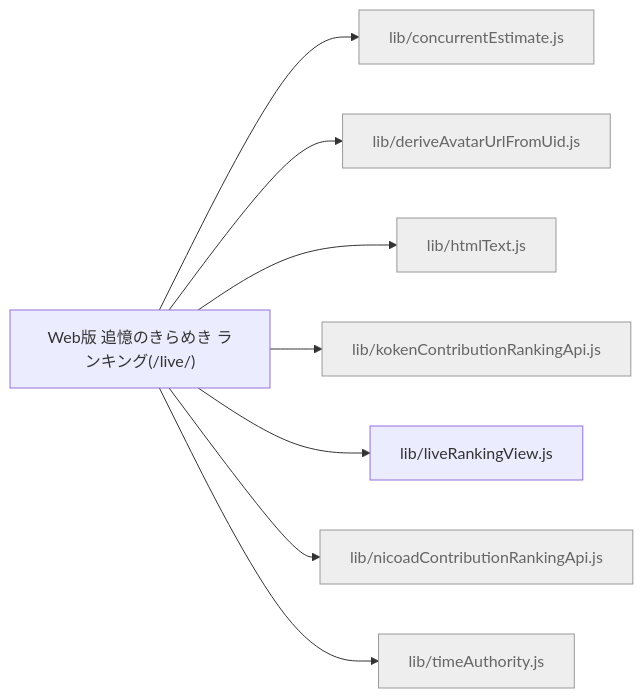
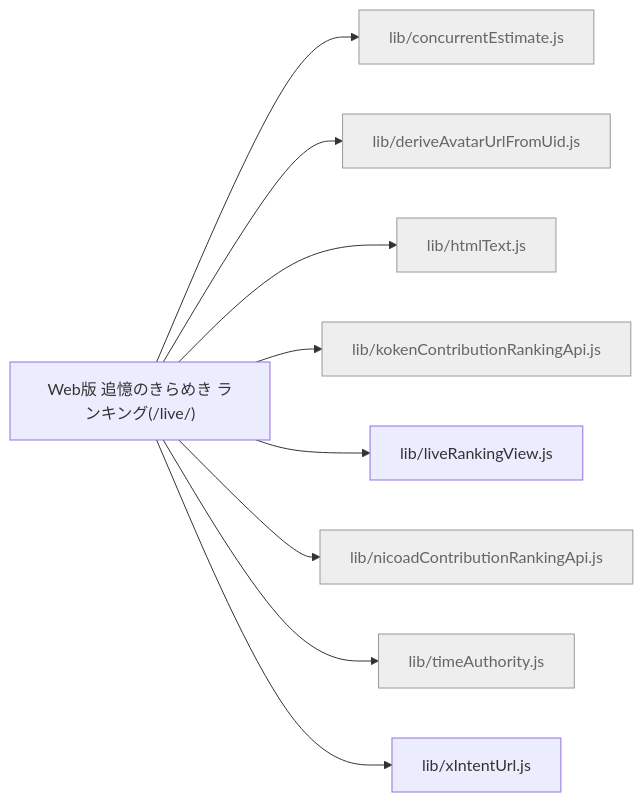
Before and after one commit to kimito-link/tsuioku-no-kirameki.com: the diagram in docs/feature-map/live-ranking.md, drawn with Mermaid. The commit also changed 37 other files, not shown here.

````diff
--- a/docs/feature-map/live-ranking.md
+++ b/docs/feature-map/live-ranking.md
@@ -13,12 +13,13 @@
 ```mermaid
 graph LR
   n_live_ranking["Web版 追憶のきらめき ランキング(/live/)"]
   n_live_ranking --> n_src_lib_concurrentEstimate_js["lib/concurrentEstimate.js"]:::shared
   n_live_ranking --> n_src_lib_deriveAvatarUrlFromUid_js["lib/deriveAvatarUrlFromUid.js"]:::shared
   n_live_ranking --> n_src_lib_htmlText_js["lib/htmlText.js"]:::shared
   n_live_ranking --> n_src_lib_kokenContributionRankingApi_js["lib/kokenContributionRankingApi.js"]:::shared
   n_live_ranking --> n_src_lib_liveRankingView_js["lib/liveRankingView.js"]
   n_live_ranking --> n_src_lib_nicoadContributionRankingApi_js["lib/nicoadContributionRankingApi.js"]:::shared
   n_live_ranking --> n_src_lib_timeAuthority_js["lib/timeAuthority.js"]:::shared
+  n_live_ranking --> n_src_lib_xIntentUrl_js["lib/xIntentUrl.js"]
   classDef shared fill:#eee,stroke:#999,color:#666;
 ```
````
